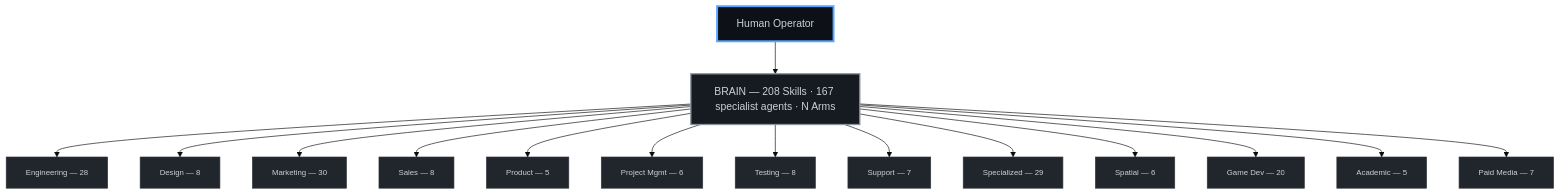
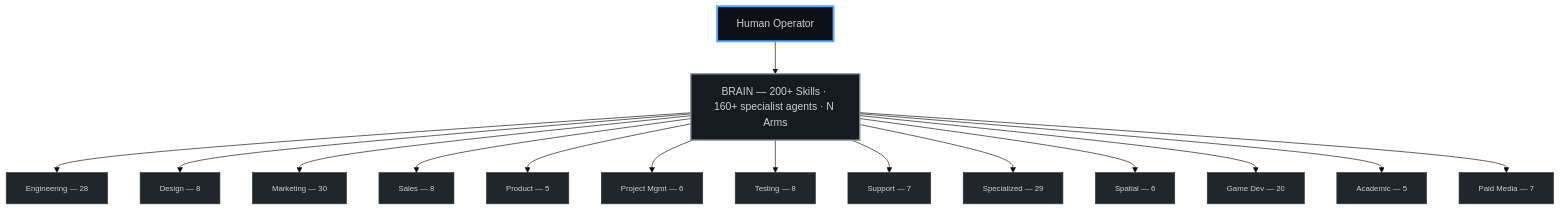
One commit to CarlosCaPe/octorato changed the diagram in README.md. Above: the diagram before and after it, drawn with Mermaid (base theme). The commit also changed other lines of this file and 1 other file, not shown here.

First line of the commit message:
docs(brain): re-render stat floors after today's PR-merged work (209 skills live) (#111)

````diff
--- a/README.md
+++ b/README.md
@@ -415,24 +415,24 @@
 ```mermaid
 graph TB
     classDef ceo fill:#0D1117,stroke:#58A6FF,stroke-width:3px,color:#C9D1D9
     classDef brain fill:#161B22,stroke:#8B949E,stroke-width:2px,color:#C9D1D9
     classDef div fill:#21262D,stroke:#30363D,stroke-width:1px,color:#C9D1D9,font-size:12px
 
     CEO["Human Operator"]:::ceo
-    BRAIN["BRAIN — 208 Skills · 167 specialist agents · N Arms"]:::brain
+    BRAIN["BRAIN — 200+ Skills · 160+ specialist agents · N Arms"]:::brain
     CEO --> BRAIN
 
     BRAIN --> ENG["Engineering — 28"]:::div
     BRAIN --> DES["Design — 8"]:::div
     BRAIN --> MKT["Marketing — 30"]:::div
     BRAIN --> SAL["Sales — 8"]:::div
     BRAIN --> PRD["Product — 5"]:::div
     BRAIN --> PM["Project Mgmt — 6"]:::div
     BRAIN --> TST["Testing — 8"]:::div
     BRAIN --> SUP["Support — 7"]:::div
     BRAIN --> SPC["Specialized — 29"]:::div
     BRAIN --> XR["Spatial — 6"]:::div
     BRAIN --> GMD["Game Dev — 20"]:::div
     BRAIN --> ACD["Academic — 5"]:::div
     BRAIN --> PMA["Paid Media — 7"]:::div
 ```
````
